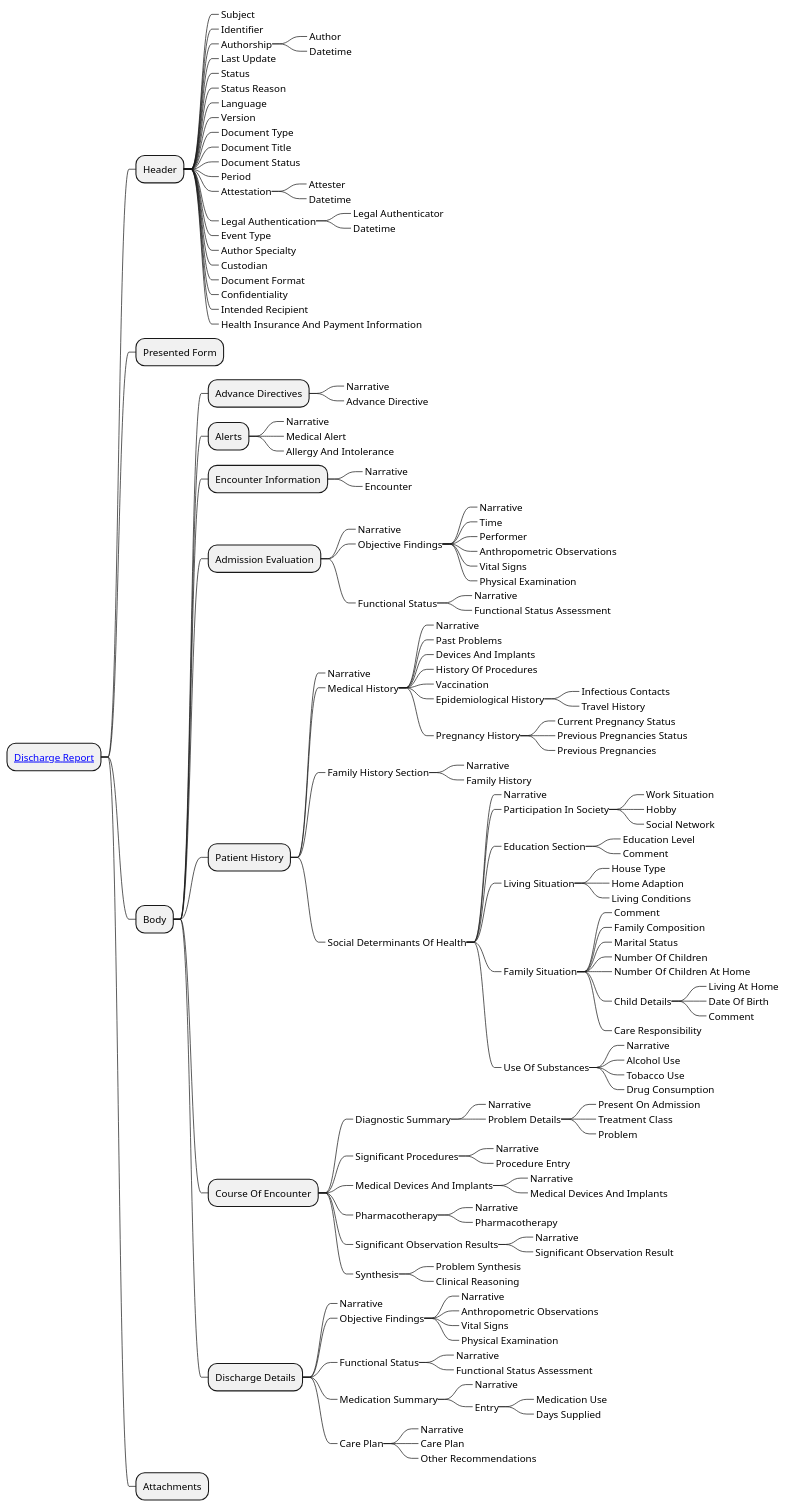
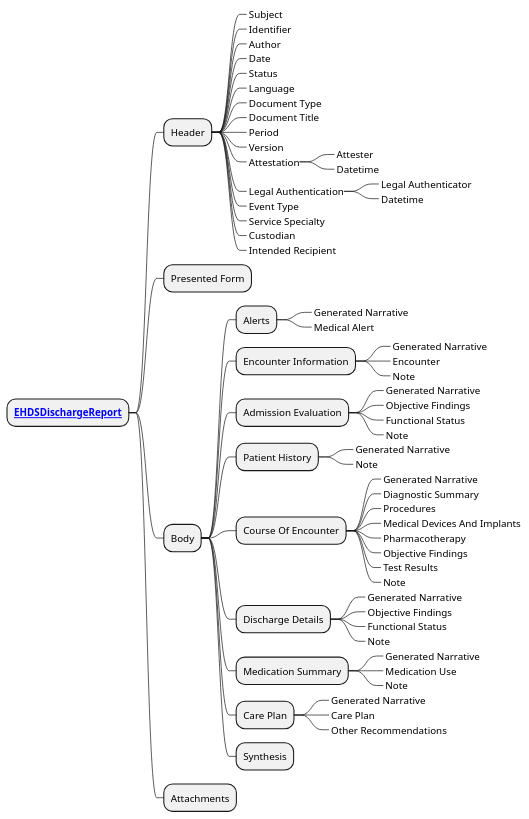
The diagram in input/images-source/EHDSDischargeReport.plantuml (Xt-EHR/xt-ehr-common), drawn with PlantUML before and after one commit. The commit also changed 1 other file, not shown here.

Commit message:
update mindmaps PS, DR

```diff
--- a/input/images-source/EHDSDischargeReport.plantuml
+++ b/input/images-source/EHDSDischargeReport.plantuml
@@ -1,146 +1,67 @@
 @startmindmap
 skinparam topurl StructureDefinition-
 
-* [[EHDSDischargeReport.html Discharge Report]]
+* **[[EHDSDischargeReport.html EHDSDischargeReport]]**
 ** Header
 ***_ Subject
 ***_ Identifier
-***_ Authorship
-****_ Author
-****_ Datetime
-***_ Last Update
+***_ Author
+***_ Date
 ***_ Status
-***_ Status Reason
 ***_ Language
-***_ Version
 ***_ Document Type
 ***_ Document Title
-***_ Document Status
 ***_ Period
+***_ Version
 ***_ Attestation
 ****_ Attester
 ****_ Datetime
 ***_ Legal Authentication
 ****_ Legal Authenticator
 ****_ Datetime
 ***_ Event Type
-***_ Author Specialty
+***_ Service Specialty
 ***_ Custodian
-***_ Document Format
-***_ Confidentiality
 ***_ Intended Recipient
-***_ Health Insurance And Payment Information
 ** Presented Form
 ** Body
-*** Advance Directives
-****_ Narrative
-****_ Advance Directive
 *** Alerts
-****_ Narrative
+****_ Generated Narrative
 ****_ Medical Alert
-****_ Allergy And Intolerance
 *** Encounter Information
-****_ Narrative
+****_ Generated Narrative
 ****_ Encounter
+****_ Note
 *** Admission Evaluation
-****_ Narrative
+****_ Generated Narrative
 ****_ Objective Findings
-*****_ Narrative
-*****_ Time
-*****_ Performer
-*****_ Anthropometric Observations
-*****_ Vital Signs
-*****_ Physical Examination
 ****_ Functional Status
-*****_ Narrative
-*****_ Functional Status Assessment
+****_ Note
 *** Patient History
-****_ Narrative
-****_ Medical History
-*****_ Narrative
-*****_ Past Problems
-*****_ Devices And Implants
-*****_ History Of Procedures
-*****_ Vaccination
-*****_ Epidemiological History
-******_ Infectious Contacts
-******_ Travel History
-*****_ Pregnancy History
-******_ Current Pregnancy Status
-******_ Previous Pregnancies Status
-******_ Previous Pregnancies
-****_ Family History Section
-*****_ Narrative
-*****_ Family History
-****_ Social Determinants Of Health
-*****_ Narrative
-*****_ Participation In Society
-******_ Work Situation
-******_ Hobby
-******_ Social Network
-*****_ Education Section
-******_ Education Level
-******_ Comment
-*****_ Living Situation
-******_ House Type
-******_ Home Adaption
-******_ Living Conditions
-*****_ Family Situation
-******_ Comment
-******_ Family Composition
-******_ Marital Status
-******_ Number Of Children
-******_ Number Of Children At Home
-******_ Child Details
-*******_ Living At Home
-*******_ Date Of Birth
-*******_ Comment
-******_ Care Responsibility
-*****_ Use Of Substances
-******_ Narrative
-******_ Alcohol Use
-******_ Tobacco Use
-******_ Drug Consumption
+****_ Generated Narrative
+****_ Note
 *** Course Of Encounter
+****_ Generated Narrative
 ****_ Diagnostic Summary
-*****_ Narrative
-*****_ Problem Details
-******_ Present On Admission
-******_ Treatment Class
-******_ Problem
-****_ Significant Procedures
-*****_ Narrative
-*****_ Procedure Entry
+****_ Procedures
 ****_ Medical Devices And Implants
-*****_ Narrative
-*****_ Medical Devices And Implants
 ****_ Pharmacotherapy
-*****_ Narrative
-*****_ Pharmacotherapy
-****_ Significant Observation Results
-*****_ Narrative
-*****_ Significant Observation Result
-****_ Synthesis
-*****_ Problem Synthesis
-*****_ Clinical Reasoning
+****_ Objective Findings
+****_ Test Results
+****_ Note
 *** Discharge Details
-****_ Narrative
+****_ Generated Narrative
 ****_ Objective Findings
-*****_ Narrative
-*****_ Anthropometric Observations
-*****_ Vital Signs
-*****_ Physical Examination
 ****_ Functional Status
-*****_ Narrative
-*****_ Functional Status Assessment
-****_ Medication Summary
-*****_ Narrative
-*****_ Entry
-******_ Medication Use
-******_ Days Supplied
+****_ Note
+*** Medication Summary
+****_ Generated Narrative
+****_ Medication Use
+****_ Note
+*** Care Plan
+****_ Generated Narrative
 ****_ Care Plan
-*****_ Narrative
-*****_ Care Plan
-*****_ Other Recommendations
+****_ Other Recommendations
+*** Synthesis
 ** Attachments
 @endmindmap
```
